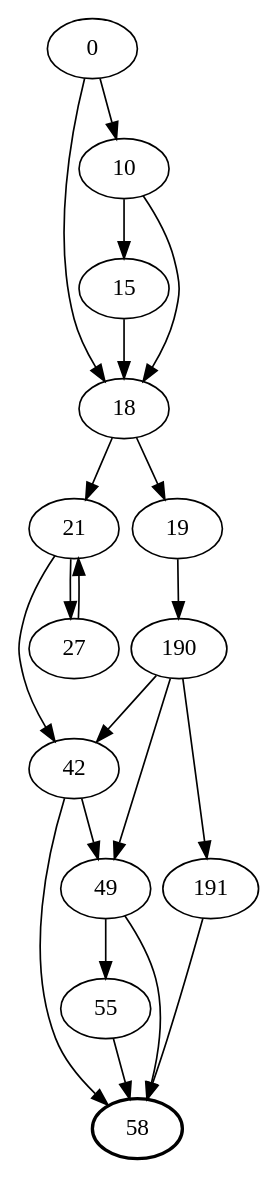
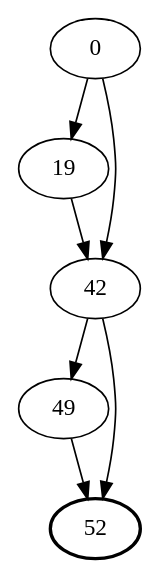
Before and after one commit to gabriellimoni/vv-e-t-mc-cabe-paths: the diagram in src/assets/example.dot, drawn with Graphviz. The commit also changed 5 other files, not shown here.

```diff
--- a/src/assets/example.dot
+++ b/src/assets/example.dot
@@ -1,20 +1,11 @@
-digraph firstOfMonth
+digraph jan1
 {
 	size="7.5,10"; 
 	ratio=auto;
 	nodesep=0.1;
-	0 -> { 10; 18; };
-	10 -> { 15; 18; };
-	15 -> { 18; };
-	18 -> { 21; };
-	18 -> { 19; };
-	19 -> { 190; };
-	190 -> { 42; 49; 191; };
-	191 -> { 58; };
-	21 -> { 27; 42; };
-	27 -> { 21; };
-	42 -> { 49; 58; };
-	49 -> { 55; 58; };
-	55 -> { 58; };
-	58 [style=bold];
+	0 -> { 19; 42; };
+	19 -> { 42; };
+	42 -> { 49; 52; };
+	49 -> { 52; };
+	52 [style=bold];
 }
```
